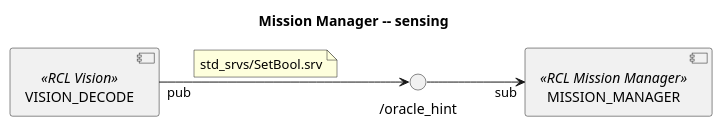
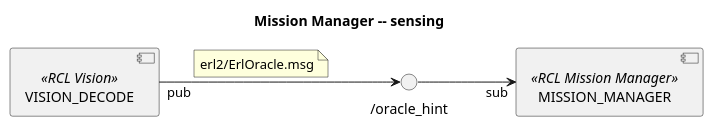
Before and after one commit to programmatoroSeduto/ExperimentalRoboticsLab-Assignment-3: the third of 7 diagrams in robocluedo_mission_manager/_uml/diagrams.md, drawn with PlantUML. The commit also changed other lines of this file and 449 other files, not shown here.

````diff
--- a/robocluedo_mission_manager/_uml/diagrams.md
+++ b/robocluedo_mission_manager/_uml/diagrams.md
@@ -69,20 +69,20 @@
 ```{uml}
 @startuml
 
 title Mission Manager -- sensing
 left to right direction
 
 ''' COMPONENTS
 component MISSION_MANAGER <<RCL Mission Manager>>
 component VISION_DECODE <<RCL Vision>>
 
 ''' INTERFACES
 () "/oracle_hint" as TOPIC_ORACLE_HINT
 VISION_DECODE "pub" --> TOPIC_ORACLE_HINT
-note on link: std_srvs/SetBool.srv
+note on link: erl2/ErlOracle.msg
 
 ''' LINKS
 TOPIC_ORACLE_HINT --> "sub" MISSION_MANAGER
 
 @enduml
 ```
````
